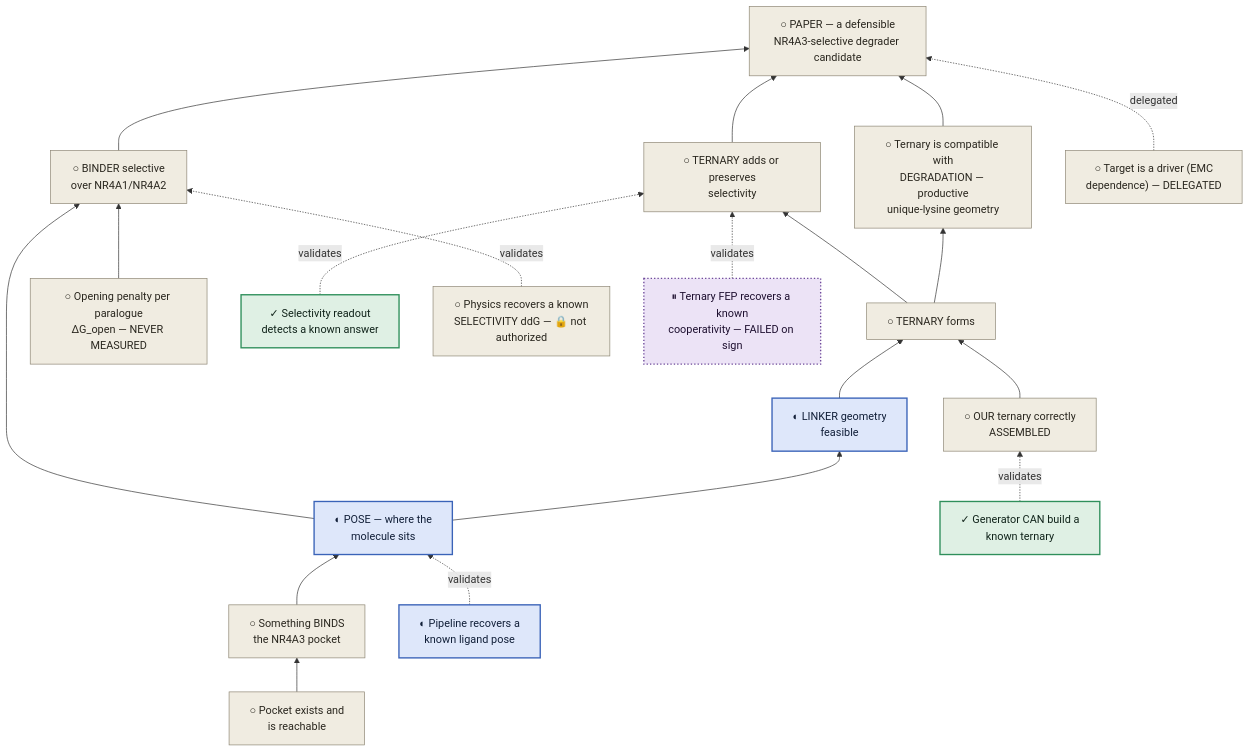
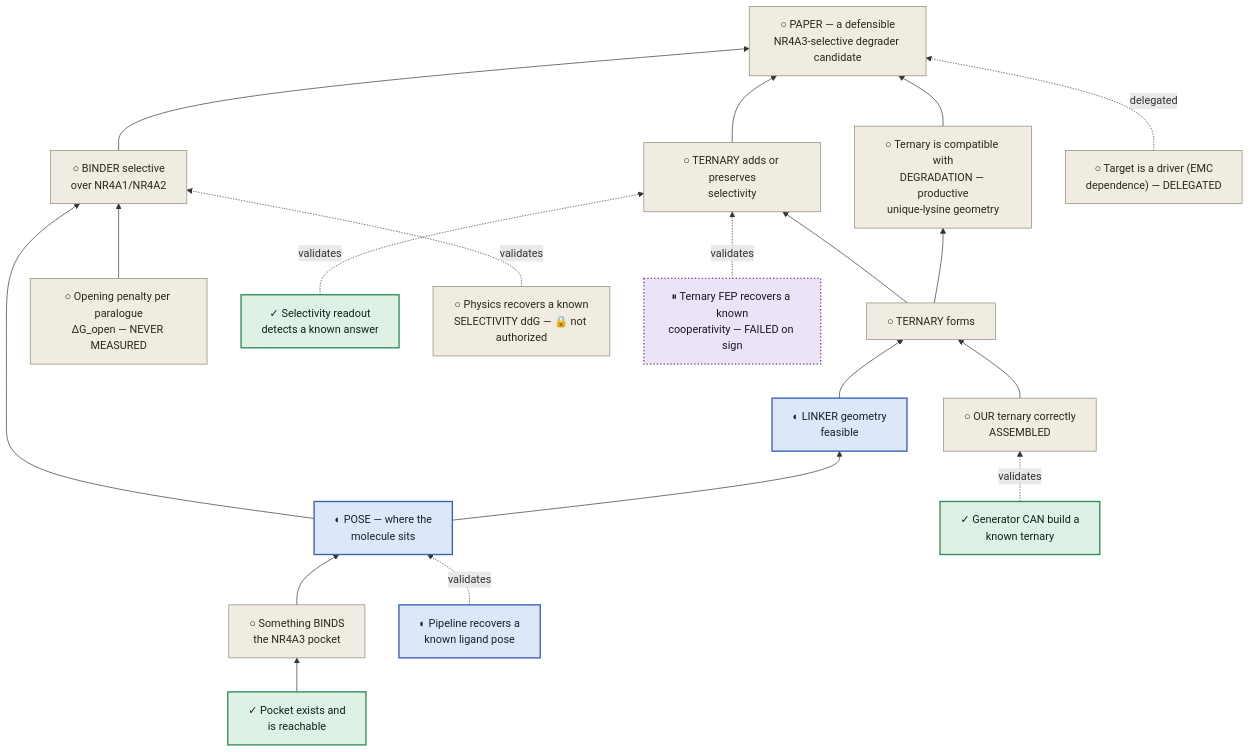
The first of 3 diagrams in research/manuscripts/nr4a3-program-map.md (trimcrae/Rare-cancers), drawn with Mermaid before and after one commit. The commit also changed other lines of this file, not shown here.

First line of the commit message:
pocket node: back to complete — a failed mechanism test is not evidence of absence

````diff
--- a/research/manuscripts/nr4a3-program-map.md
+++ b/research/manuscripts/nr4a3-program-map.md
@@ -114,50 +114,50 @@
 ```mermaid
 graph BT
   P["○ PAPER — a defensible<br/>NR4A3-selective degrader candidate"]
   B["○ BINDER selective<br/>over NR4A1/NR4A2"]
   T["○ TERNARY forms"]
   UB["○ Ternary is compatible with<br/>DEGRADATION — productive<br/>unique-lysine geometry"]
   TS["○ TERNARY adds or preserves<br/>selectivity"]
   TG["○ Target is a driver (EMC<br/>dependence) — DELEGATED"]
   L["○ Something BINDS<br/>the NR4A3 pocket"]
-  PO["○ Pocket exists and<br/>is reachable"]
+  PO["✓ Pocket exists and<br/>is reachable"]
   DGO["○ Opening penalty per paralogue<br/>ΔG_open — NEVER MEASURED"]
   PS["◐ POSE — where the<br/>molecule sits"]
   LK["◐ LINKER geometry<br/>feasible"]
   ARCH["○ OUR ternary correctly<br/>ASSEMBLED"]
   V1["✓ Selectivity readout<br/>detects a known answer"]
   V2["✓ Generator CAN build a<br/>known ternary"]
   V3["◐ Pipeline recovers a<br/>known ligand pose"]
   V4["○ Physics recovers a known<br/>SELECTIVITY ddG — 🔒 not authorized"]
   VC["⏸ Ternary FEP recovers a known<br/>cooperativity — FAILED on sign"]
 
   PO --> L
   L --> PS
   PS --> B
   DGO --> B
   PS --> LK
   LK --> T
   ARCH --> T
   T --> TS
   T --> UB
   UB --> P
   B --> P
   TS --> P
   TG -.delegated.-> P
   V3 -.validates.-> PS
   V4 -.validates.-> B
   V2 -.validates.-> ARCH
   V1 -.validates.-> TS
   VC -.validates.-> TS
 
   classDef done fill:#dff0e4,stroke:#2f8f5b,stroke-width:2px,color:#10231a;
   classDef work fill:#dee7fa,stroke:#3a63b8,stroke-width:2px,color:#111f38;
   classDef next fill:#f0ece1,stroke:#8d8674,stroke-width:1px,color:#2a271f;
   classDef parked fill:#ece3f6,stroke:#6f4a9b,stroke-width:2px,color:#1e1030,stroke-dasharray:2 3;
   classDef dead fill:#f7e6e0,stroke:#b1543a,stroke-width:2px,color:#2e150f,stroke-dasharray:5 3;
 
-  class V1,V2 done;
+  class PO,V1,V2 done;
   class PS,LK,V3 work;
-  class P,B,T,UB,TS,TG,L,PO,ARCH,DGO,V4 next;
+  class P,B,T,UB,TS,TG,L,ARCH,DGO,V4 next;
   class VC parked;
 ```
````
